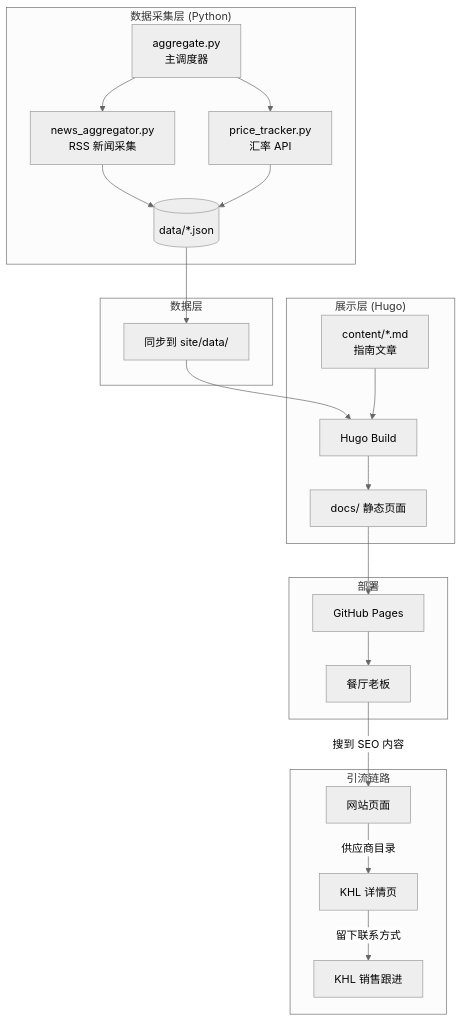
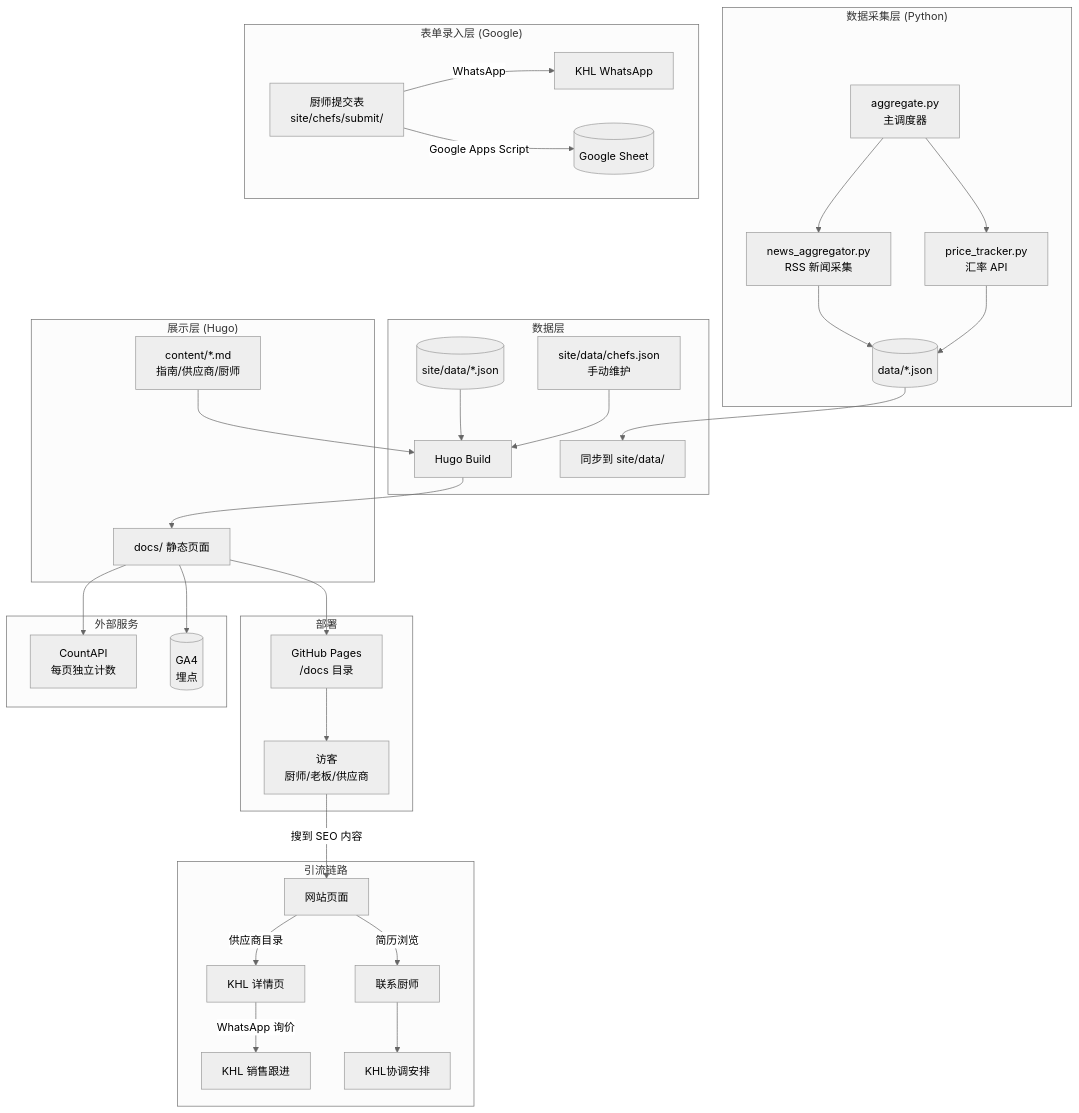
One commit to reinocheong/jbkitchen changed the diagram in ARCHITECTURE.md. Above: the diagram before and after it, drawn with Mermaid (neutral theme). The commit also changed other lines of this file and 6 other files, not shown here.

Commit message:
📐 SSOT 全面对齐：README/USER/ARCHITECTURE/DEPLOY/TODO/JOURNAL/MEMORY

````diff
--- a/ARCHITECTURE.md
+++ b/ARCHITECTURE.md
@@ -5,30 +5,43 @@
 ```mermaid
 graph TD
     subgraph "数据采集层 (Python)"
         NA[news_aggregator.py<br/>RSS 新闻采集] --> DATA[(data/*.json)]
         PT[price_tracker.py<br/>汇率 API] --> DATA
         AG[aggregate.py<br/>主调度器] --> NA
         AG --> PT
     end
 
+    subgraph "表单录入层 (Google)"
+        FORM[厨师提交表<br/>site/chefs/submit/] -->|WhatsApp| KHL_PHONE[KHL WhatsApp]
+        FORM -->|Google Apps Script| SHEET[(Google Sheet)]
+    end
+
     subgraph "数据层"
         DATA --> SYNC[同步到 site/data/]
+        SITE_DATA[(site/data/*.json)] --> HUGO
+        CHEFS_JSON[site/data/chefs.json<br/>手动维护] --> HUGO
     end
 
     subgraph "展示层 (Hugo)"
-        SYNC --> HUGO[Hugo Build]
-        MD[content/*.md<br/>指南文章] --> HUGO
-        HUGO --> HTML[docs/ 静态页面]
+        MD[content/*.md<br/>指南/供应商/厨师] --> HUGO
+        HUGO[Hugo Build] --> HTML[docs/ 静态页面]
+    end
+
+    subgraph "外部服务"
+        HTML --> CI[CountAPI<br/>每页独立计数]
+        HTML --> GA[(GA4<br/>埋点)]
     end
 
     subgraph "部署"
-        HTML --> GH[GitHub Pages]
-        GH --> USER[餐厅老板]
+        HTML --> GH[GitHub Pages<br/>/docs 目录]
+        GH --> USER[访客<br/>厨师/老板/供应商]
     end
 
     subgraph "引流链路"
         USER -->|搜到 SEO 内容| SITE[网站页面]
         SITE -->|供应商目录| KHL[KHL 详情页]
-        KHL -->|留下联系方式| LEAD[KHL 销售跟进]
+        KHL -->|WhatsApp 询价| LEAD[KHL 销售跟进]
+        SITE -->|简历浏览| CONTACT[联系厨师]
+        CONTACT --> COORD[KHL协调安排]
     end
 ```
````
